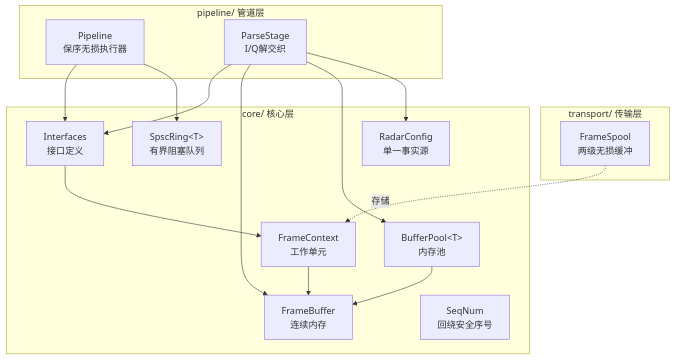
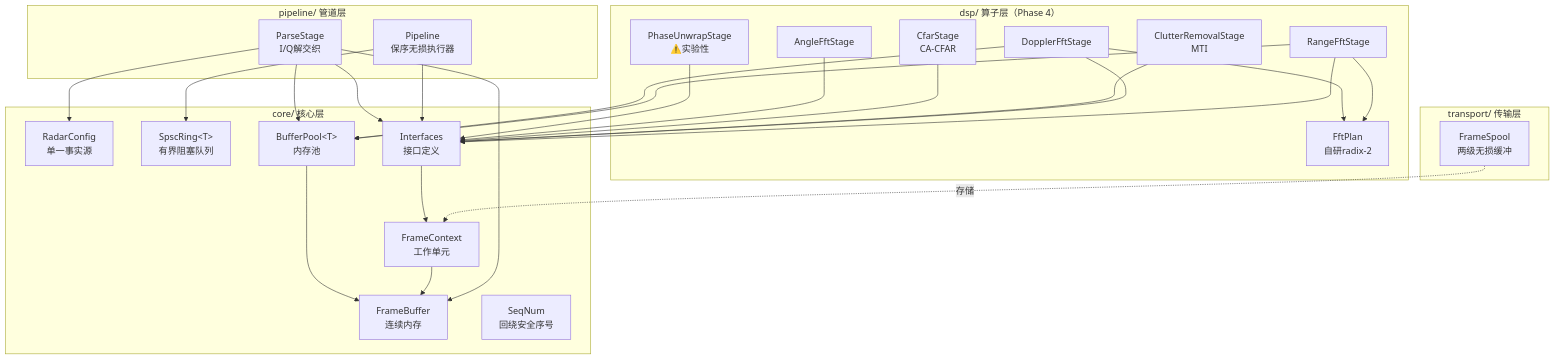
The second of 4 diagrams in README.md (Lukad77/awr1843-radar-toolkit), drawn with Mermaid before and after one commit. The commit also changed other lines of this file and 106 other files, not shown here.

````diff
--- a/README.md
+++ b/README.md
@@ -70,30 +81,42 @@
 ```mermaid
 graph TB
+    subgraph DSP["dsp/ 算子层（Phase 4）"]
+        RF["RangeFftStage"]
+        DF["DopplerFftStage"]
+        CR["ClutterRemovalStage<br/>MTI"]
+        CF["CfarStage<br/>CA-CFAR"]
+        AF["AngleFftStage"]
+        PU["PhaseUnwrapStage<br/>⚠️实验性"]
+        FFT["FftPlan<br/>自研radix-2"]
+    end
     subgraph PIPELINE["pipeline/ 管道层"]
         PL["Pipeline<br/>保序无损执行器"]
         PS["ParseStage<br/>I/Q解交织"]
     end
     subgraph TRANSPORT["transport/ 传输层"]
         FS["FrameSpool<br/>两级无损缓冲"]
     end
     subgraph CORE["core/ 核心层"]
         RC["RadarConfig<br/>单一事实源"]
         SR["SpscRing&lt;T&gt;<br/>有界阻塞队列"]
         BP["BufferPool&lt;T&gt;<br/>内存池"]
         FB["FrameBuffer<br/>连续内存"]
         FC["FrameContext<br/>工作单元"]
         IF["Interfaces<br/>接口定义"]
         SN["SeqNum<br/>回绕安全序号"]
     end
 
+    RF & DF & CR & CF & AF & PU --> IF
+    RF & DF --> FFT
+    RF & DF --> BP
     PL --> SR
     PL --> IF
     PS --> RC
     PS --> BP
     PS --> FB
     PS --> IF
     FS -.存储.-> FC
     IF --> FC
     FC --> FB
     BP --> FB
 ```
````
